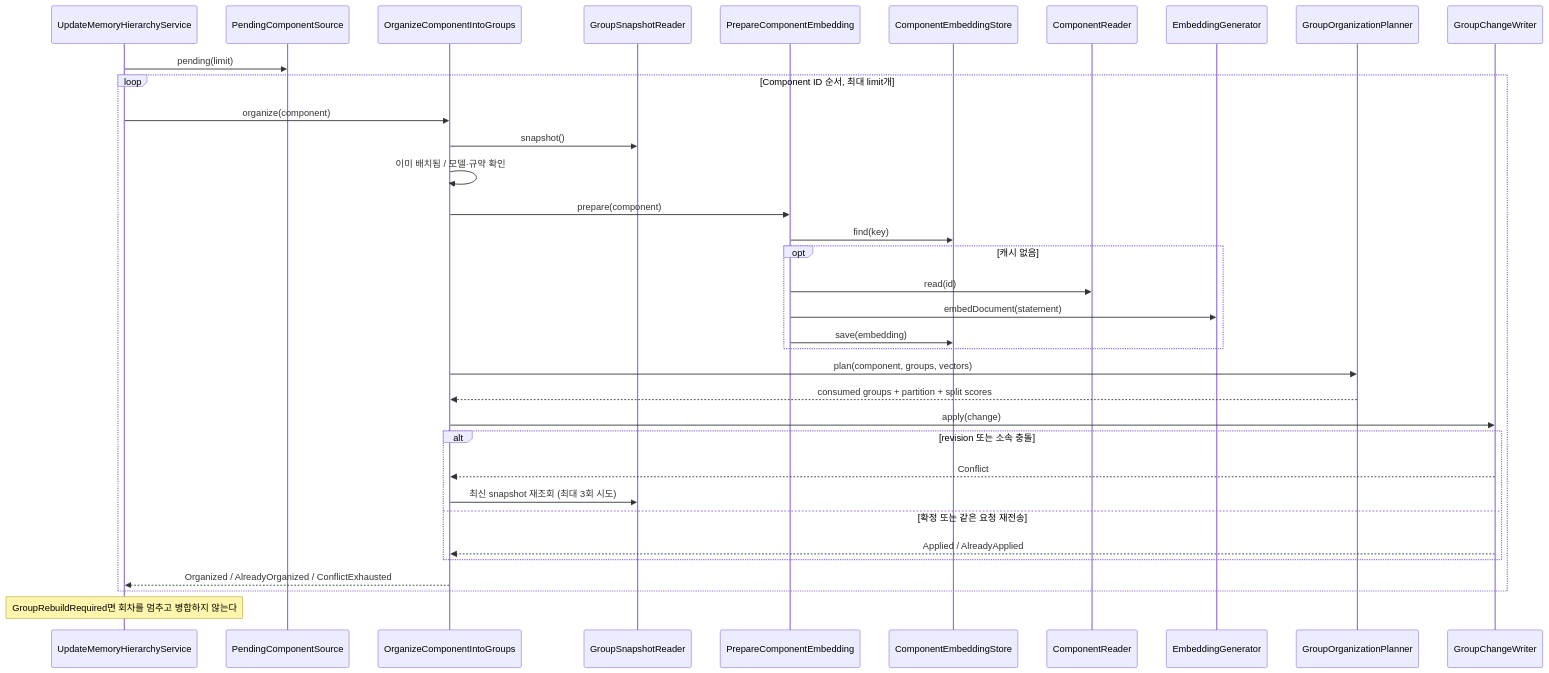
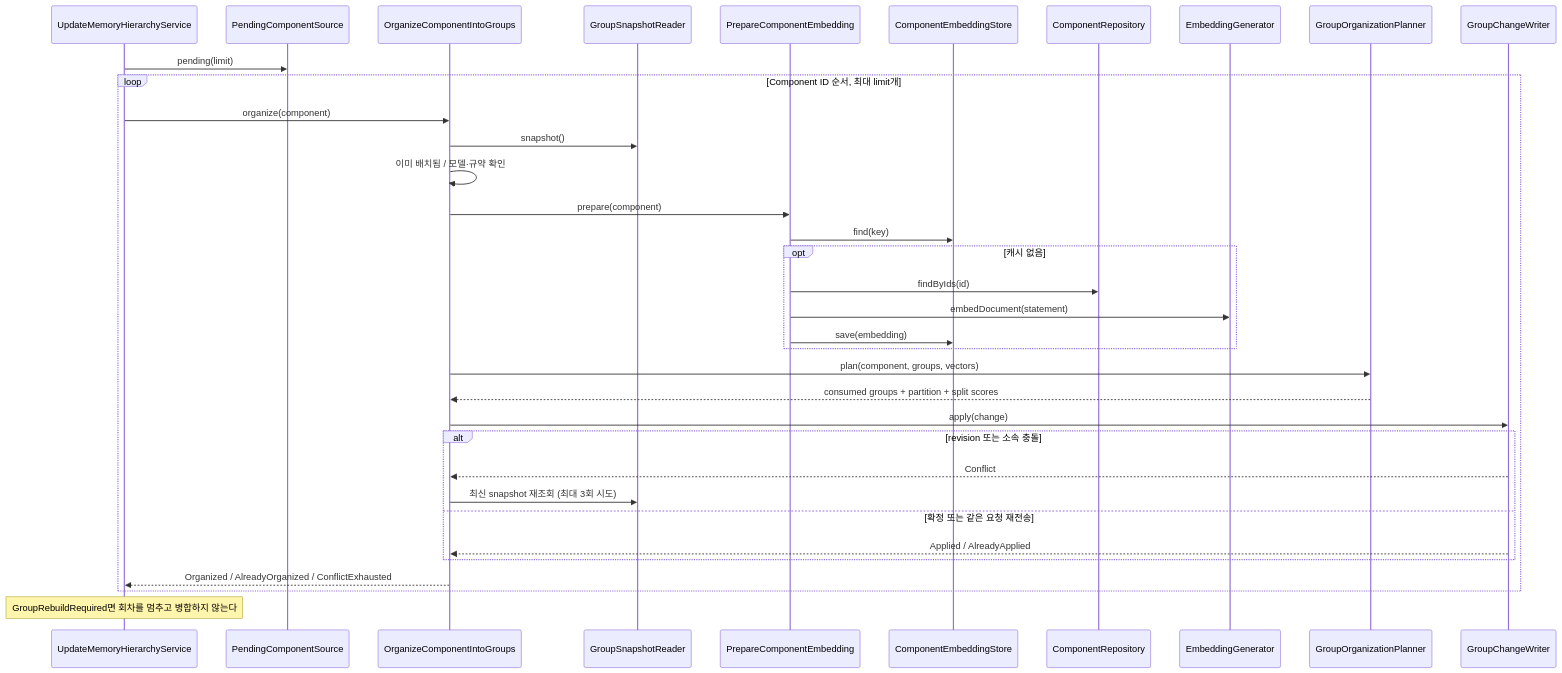
One commit to magenta1223/home_assistant changed the diagram in application/src/main/kotlin/com/homeassistant/application/usecase/memoryextraction/group/README.md. Above: the diagram before and after it, drawn with Mermaid. The commit also changed other lines of this file and 24 other files, not shown here.

First line of the commit message:
refactor: Merge component reader and writer into ComponentRepository

````diff
--- a/application/src/main/kotlin/com/homeassistant/application/usecase/memoryextraction/group/README.md
+++ b/application/src/main/kotlin/com/homeassistant/application/usecase/memoryextraction/group/README.md
@@ -14,37 +14,37 @@
 ```mermaid
 sequenceDiagram
     participant Update as UpdateMemoryHierarchyService
     participant Pending as PendingComponentSource
     participant One as OrganizeComponentIntoGroups
     participant Snapshots as GroupSnapshotReader
     participant Embedding as PrepareComponentEmbedding
     participant Cache as ComponentEmbeddingStore
-    participant Components as ComponentReader
+    participant Components as ComponentRepository
     participant Generator as EmbeddingGenerator
     participant Policy as GroupOrganizationPlanner
     participant Writer as GroupChangeWriter
     Update->>Pending: pending(limit)
     loop Component ID 순서, 최대 limit개
         Update->>One: organize(component)
         One->>Snapshots: snapshot()
         One->>One: 이미 배치됨 / 모델·규약 확인
         One->>Embedding: prepare(component)
         Embedding->>Cache: find(key)
         opt 캐시 없음
-            Embedding->>Components: read(id)
+            Embedding->>Components: findByIds(id)
             Embedding->>Generator: embedDocument(statement)
             Embedding->>Cache: save(embedding)
         end
         One->>Policy: plan(component, groups, vectors)
         Policy-->>One: consumed groups + partition + split scores
         One->>Writer: apply(change)
         alt revision 또는 소속 충돌
             Writer-->>One: Conflict
             One->>Snapshots: 최신 snapshot 재조회 (최대 3회 시도)
         else 확정 또는 같은 요청 재전송
             Writer-->>One: Applied / AlreadyApplied
         end
         One-->>Update: Organized / AlreadyOrganized / ConflictExhausted
     end
     Note over Update: GroupRebuildRequired면 회차를 멈추고 병합하지 않는다
 ```
````
